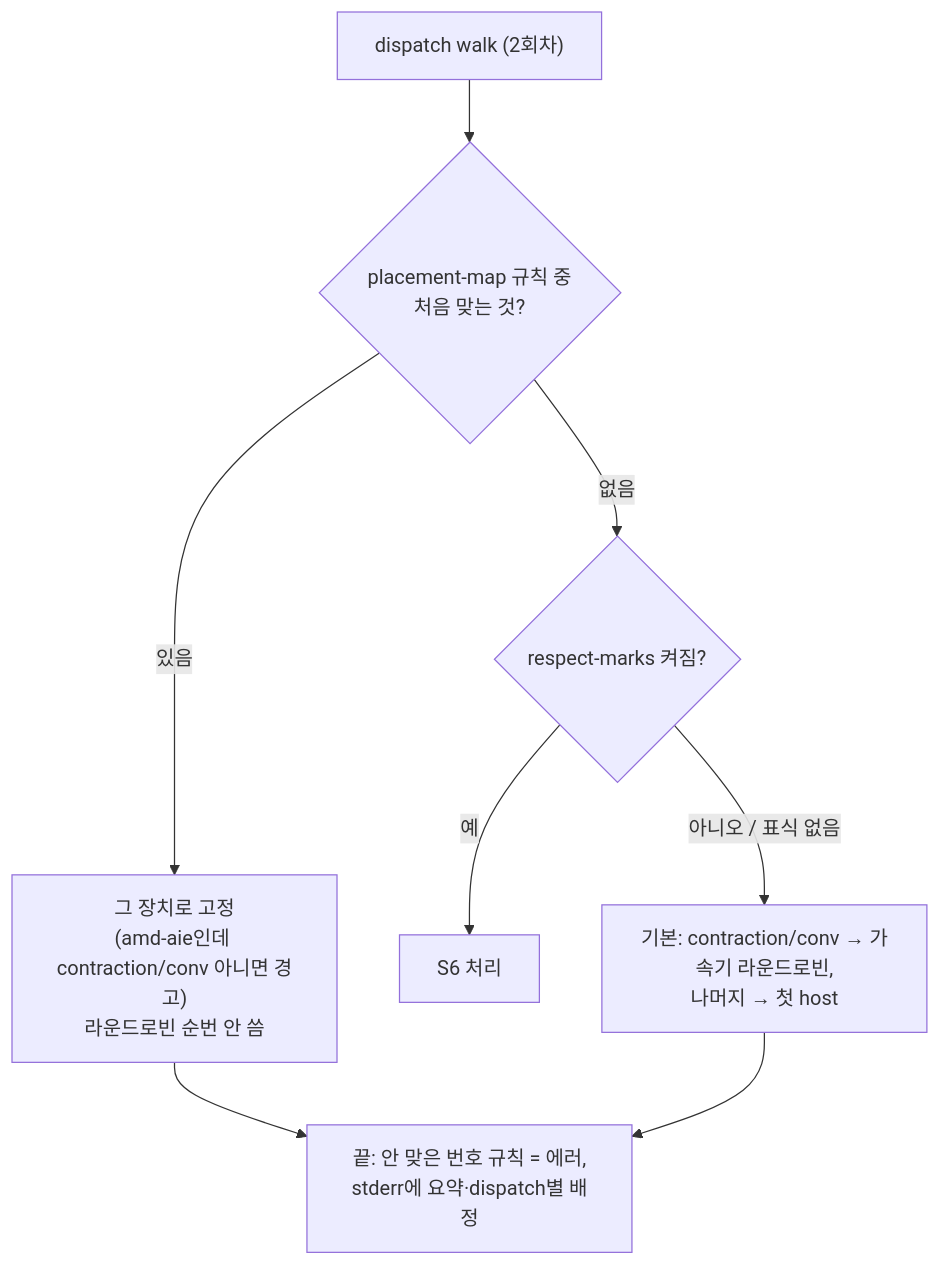
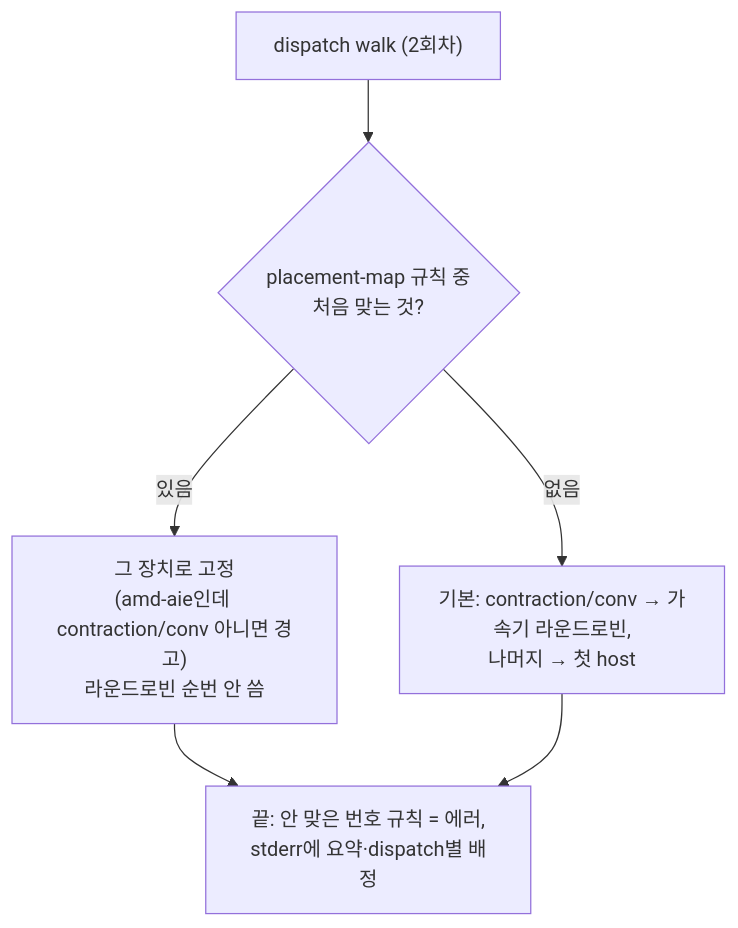
One commit to ace-knu/iree-amd-aie changed the diagram in docs/specs/S7_placement_map.md. Above: the diagram before and after it, drawn with Mermaid. The commit also changed other lines of this file and 10 other files, not shown here.

First line of the commit message:
[AMD-AIE] Remove respect-marks; make vulkan-spirv a regular accelerator

````diff
--- a/docs/specs/S7_placement_map.md
+++ b/docs/specs/S7_placement_map.md
@@ -12,10 +12,8 @@
 ```mermaid
 flowchart TD
   W["dispatch walk (2회차)"] --> M{"placement-map 규칙 중<br/>처음 맞는 것?"}
   M -- "있음" --> PIN["그 장치로 고정<br/>(amd-aie인데 contraction/conv 아니면 경고)<br/>라운드로빈 순번 안 씀"]
-  M -- "없음" --> RM{"respect-marks 켜짐?"}
-  RM -- "예" --> S6["S6 처리"]
-  RM -- "아니오 / 표식 없음" --> RR["기본: contraction/conv → 가속기 라운드로빈,<br/>나머지 → 첫 host"]
+  M -- "없음" --> RR["기본: contraction/conv → 가속기 라운드로빈,<br/>나머지 → 첫 host"]
   PIN --> END["끝: 안 맞은 번호 규칙 = 에러,<br/>stderr에 요약·dispatch별 배정"]
   RR --> END
 ```
````
